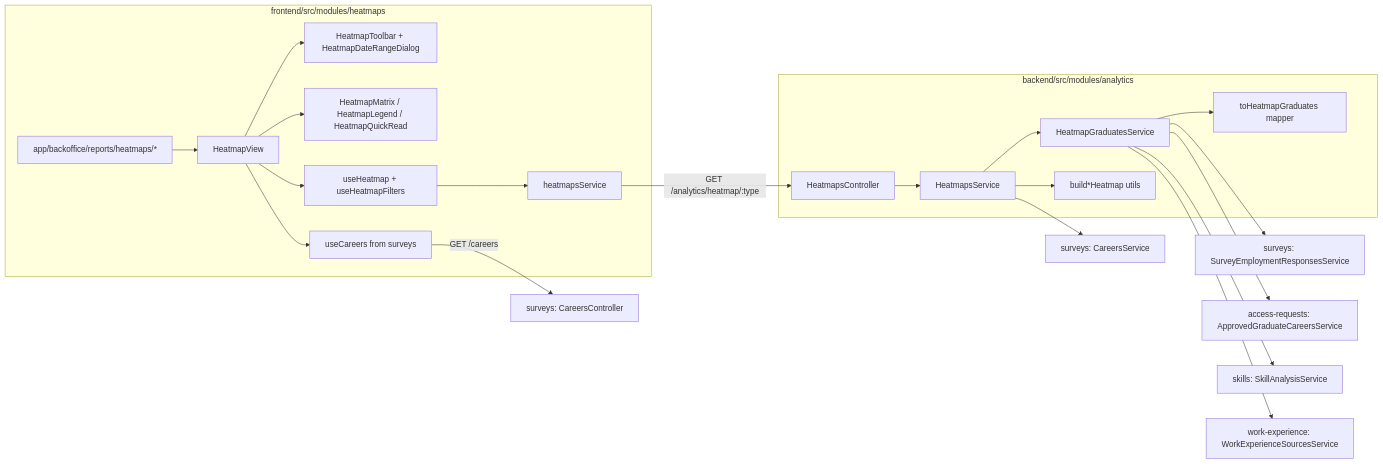
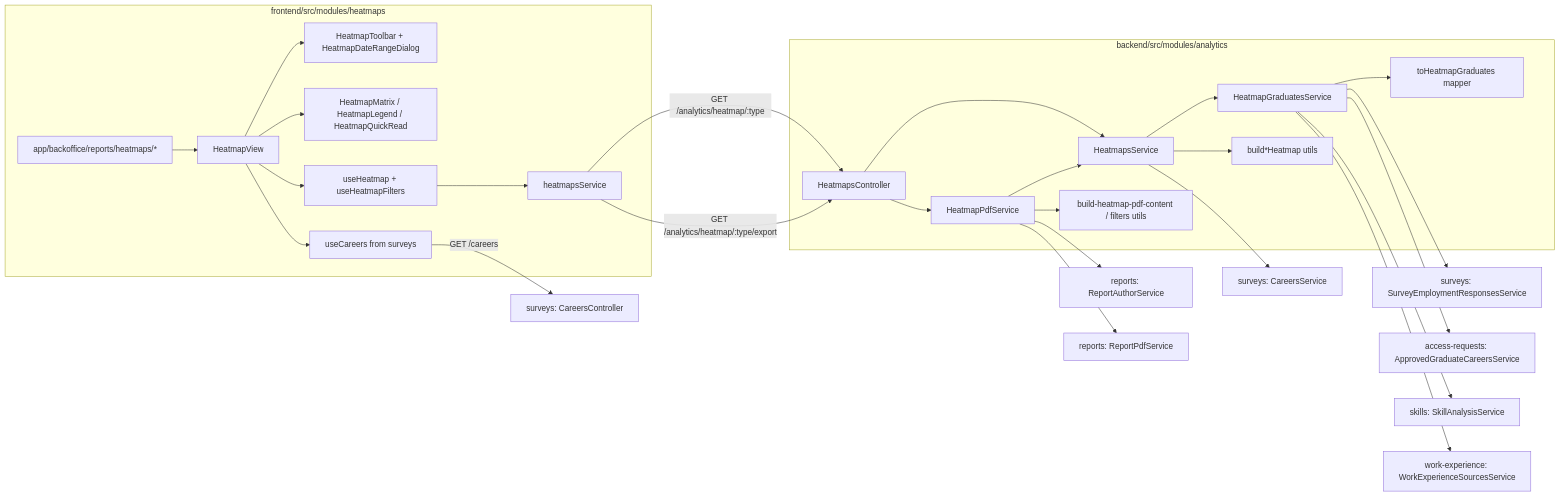
The first of 3 diagrams in docs/analytics/README.md (NicolasMG-dev/Epic-4---IS), drawn with Mermaid before and after one commit. The commit also changed other lines of this file and 511 other files, not shown here.

````diff
--- a/docs/analytics/README.md
+++ b/docs/analytics/README.md
@@ -25,24 +25,30 @@
 ```mermaid
 flowchart LR
   subgraph Frontend["frontend/src/modules/heatmaps"]
     Page[app/backoffice/reports/heatmaps/*] --> View[HeatmapView]
     View --> Toolbar[HeatmapToolbar + HeatmapDateRangeDialog]
     View --> Matrix[HeatmapMatrix / HeatmapLegend / HeatmapQuickRead]
     View --> Hook[useHeatmap + useHeatmapFilters]
     View --> Careers[useCareers from surveys]
     Hook --> Svc[heatmapsService]
   end
   Svc -->|GET /analytics/heatmap/:type| Ctrl[HeatmapsController]
+  Svc -->|GET /analytics/heatmap/:type/export| Ctrl
   Careers -->|GET /careers| CC[surveys: CareersController]
   subgraph Backend["backend/src/modules/analytics"]
     Ctrl --> HS[HeatmapsService]
+    Ctrl --> HP[HeatmapPdfService]
+    HP --> HS
+    HP --> PC[build-heatmap-pdf-content / filters utils]
     HS --> HG[HeatmapGraduatesService]
     HS --> B[build*Heatmap utils]
     HG --> Map[toHeatmapGraduates mapper]
   end
   HS --> CS[surveys: CareersService]
+  HP --> RA[reports: ReportAuthorService]
+  HP --> RP[reports: ReportPdfService]
   HG --> ER[surveys: SurveyEmploymentResponsesService]
   HG --> AG[access-requests: ApprovedGraduateCareersService]
   HG --> SA[skills: SkillAnalysisService]
   HG --> WE[work-experience: WorkExperienceSourcesService]
 ```
````
